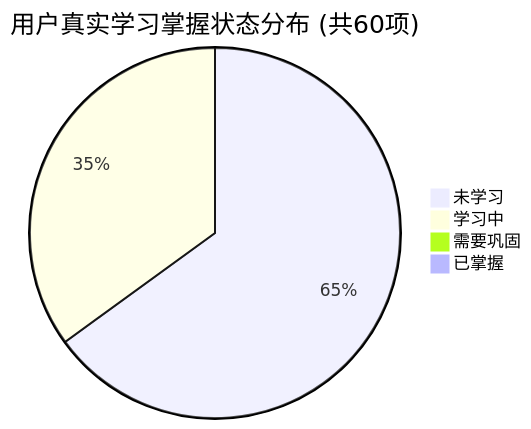
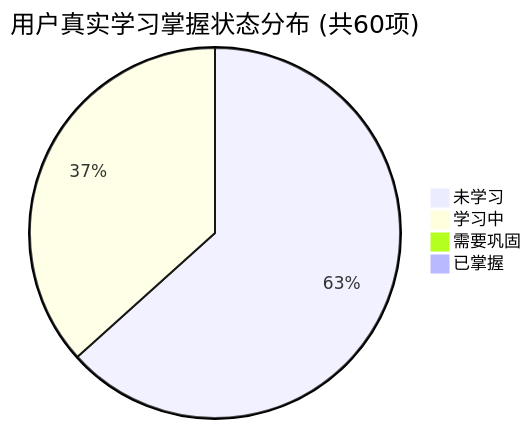
Before and after one commit to tieke1121/tech-interview-knowledge-base: the first of 2 diagrams in PROGRESS.md, drawn with Mermaid. The commit also changed other lines of this file and 1 other file, not shown here.

````diff
--- a/PROGRESS.md
+++ b/PROGRESS.md
@@ -27,7 +27,7 @@
 ```mermaid
 pie title 用户真实学习掌握状态分布 (共60项)
-    "未学习" : 39
-    "学习中" : 21
+    "未学习" : 38
+    "学习中" : 22
     "需要巩固" : 0
     "已掌握" : 0
 ```
````
